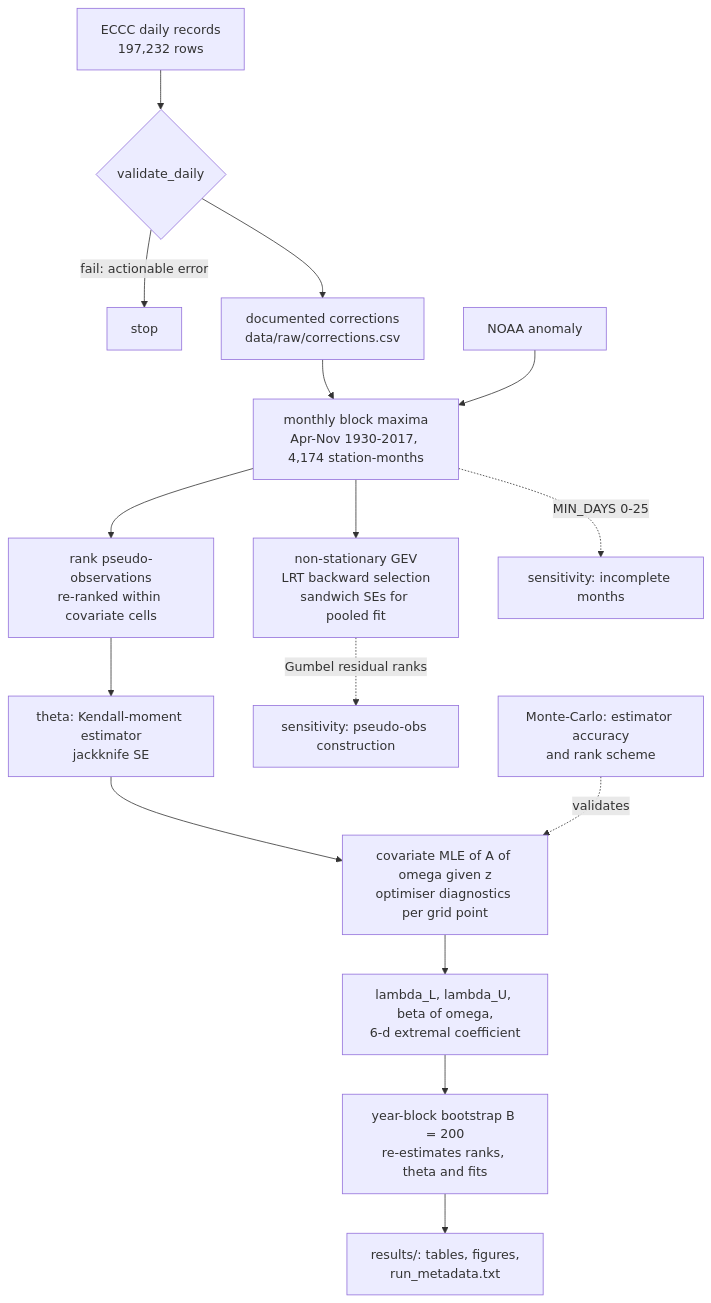
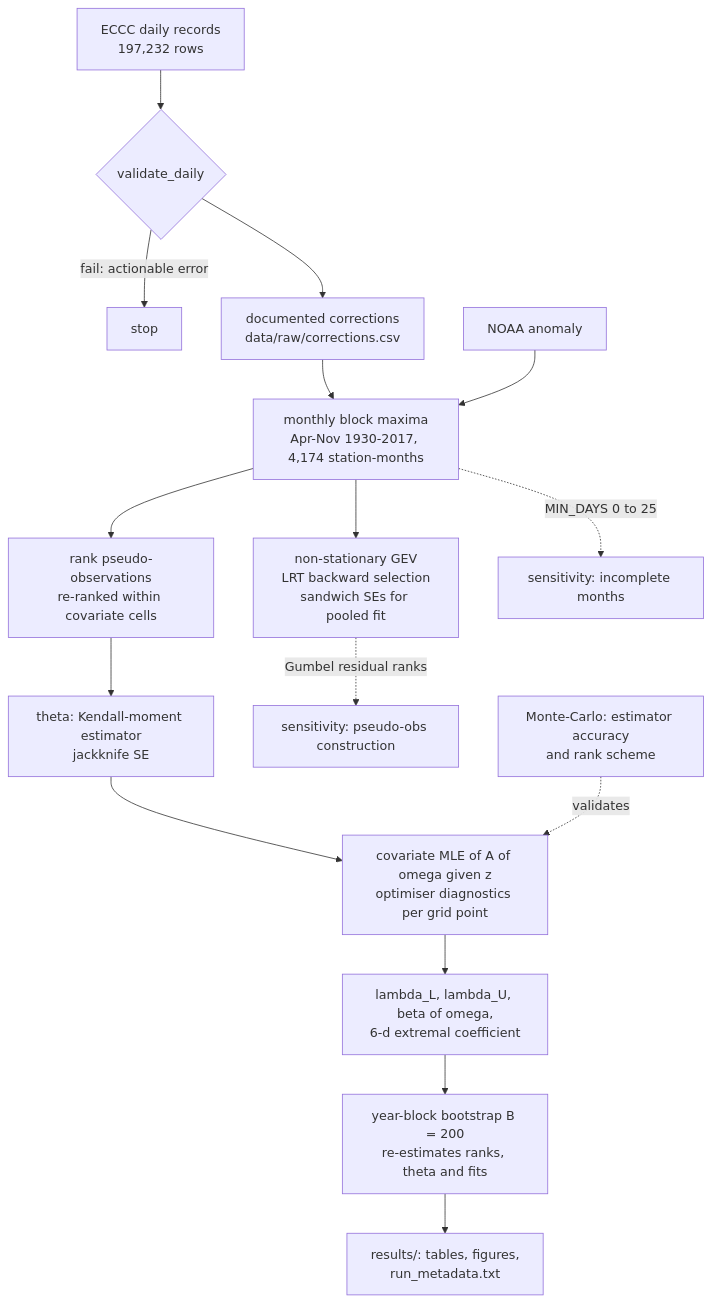
The first of 2 diagrams in README.md (EllenSyuu/SAC-thesis-2026), drawn with Mermaid before and after one commit.

Commit message:
README: Mermaid edge-label syntax

````diff
--- a/README.md
+++ b/README.md
@@ -42,18 +42,18 @@
 ```mermaid
 flowchart TD
     R[ECCC daily records<br/>197,232 rows] --> V{validate_daily}
     V -->|fail: actionable error| X[stop]
     V --> C[documented corrections<br/>data/raw/corrections.csv]
     C --> M[monthly block maxima<br/>Apr-Nov 1930-2017, 4,174 station-months]
     N[NOAA anomaly] --> M
     M --> G[non-stationary GEV<br/>LRT backward selection<br/>sandwich SEs for pooled fit]
     M --> P[rank pseudo-observations<br/>re-ranked within covariate cells]
     P --> T[theta: Kendall-moment estimator<br/>jackknife SE]
     T --> A[covariate MLE of A of omega given z<br/>optimiser diagnostics per grid point]
     A --> S[lambda_L, lambda_U, beta of omega,<br/>6-d extremal coefficient]
     S --> B[year-block bootstrap B = 200<br/>re-estimates ranks, theta and fits]
     B --> O[results/: tables, figures,<br/>run_metadata.txt]
-    M -.MIN_DAYS 0-25.-> SD[sensitivity: incomplete months]
-    G -.Gumbel residual ranks.-> SG[sensitivity: pseudo-obs construction]
-    SIM[Monte-Carlo: estimator accuracy<br/>and rank scheme] -.validates.-> A
+    M -. MIN_DAYS 0 to 25 .-> SD[sensitivity: incomplete months]
+    G -. Gumbel residual ranks .-> SG[sensitivity: pseudo-obs construction]
+    SIM[Monte-Carlo: estimator accuracy<br/>and rank scheme] -. validates .-> A
 ```
````
